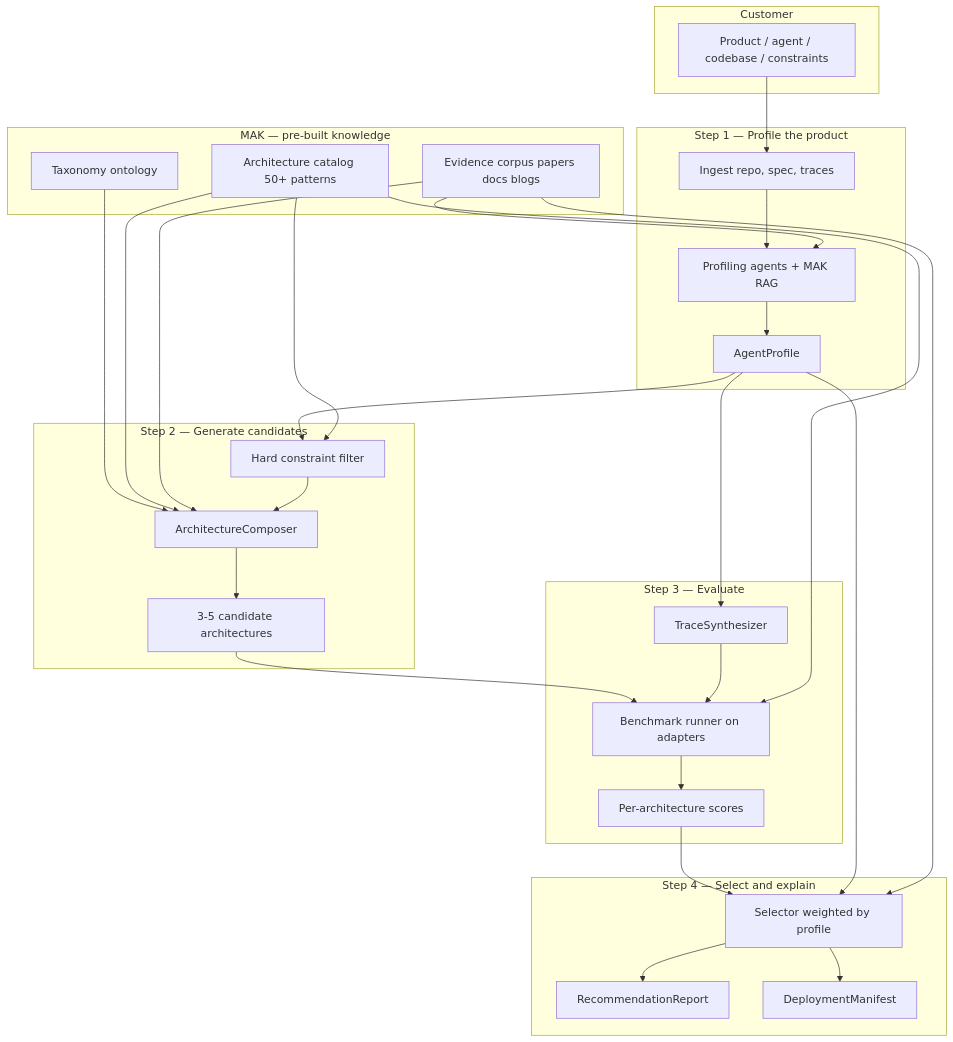
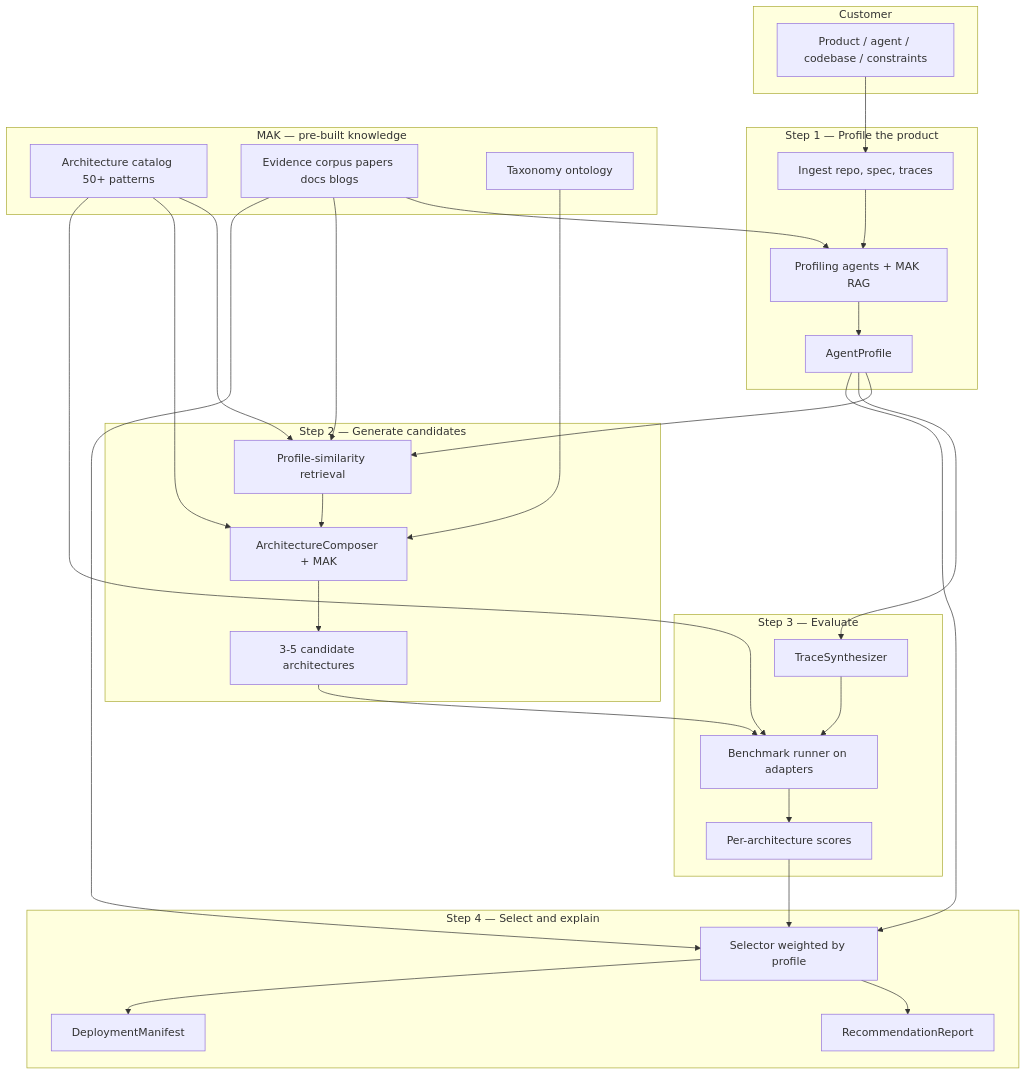
The first of 2 diagrams in docs/part-a-analyze.md (aitzaz-web/membrane), drawn with Mermaid before and after one commit. The commit also changed other lines of this file and 3 other files, not shown here.

Commit message:
Architect Part A sub-parts

````diff
--- a/docs/part-a-analyze.md
+++ b/docs/part-a-analyze.md
@@ -17,59 +19,60 @@
 ```mermaid
 flowchart TB
   subgraph customer ["Customer"]
     Prod["Product / agent / codebase / constraints"]
   end
 
   subgraph step1 ["Step 1 — Profile the product"]
     Ingest["Ingest repo, spec, traces"]
     ProfAgents["Profiling agents + MAK RAG"]
     Profile["AgentProfile"]
   end
 
   subgraph mak ["MAK — pre-built knowledge"]
     Catalog["Architecture catalog 50+ patterns"]
     Corpus["Evidence corpus papers docs blogs"]
     Taxonomy["Taxonomy ontology"]
   end
 
   subgraph step2 ["Step 2 — Generate candidates"]
-    Filter["Hard constraint filter"]
-    Compose["ArchitectureComposer"]
+    Retrieve["Profile-similarity retrieval"]
+    Compose["ArchitectureComposer + MAK"]
     Cands["3-5 candidate architectures"]
   end
 
   subgraph step3 ["Step 3 — Evaluate"]
     Synth["TraceSynthesizer"]
     Eval["Benchmark runner on adapters"]
     Scores["Per-architecture scores"]
   end
 
   subgraph step4 ["Step 4 — Select and explain"]
     Select["Selector weighted by profile"]
     Report["RecommendationReport"]
     Manifest["DeploymentManifest"]
   end
 
   Prod --> Ingest --> ProfAgents
   Corpus --> ProfAgents
   ProfAgents --> Profile
 
-  Profile --> Filter
-  Catalog --> Filter
+  Profile --> Retrieve
+  Catalog --> Retrieve
+  Corpus --> Retrieve
+  Retrieve --> Compose
   Taxonomy --> Compose
   Catalog --> Compose
-  Corpus --> Compose
-  Filter --> Compose --> Cands
+  Compose --> Cands
 
   Profile --> Synth
   Cands --> Eval
   Synth --> Eval
   Catalog --> Eval
   Eval --> Scores
 
   Scores --> Select
   Profile --> Select
   Corpus --> Select
   Select --> Report
   Select --> Manifest
 ```
````
